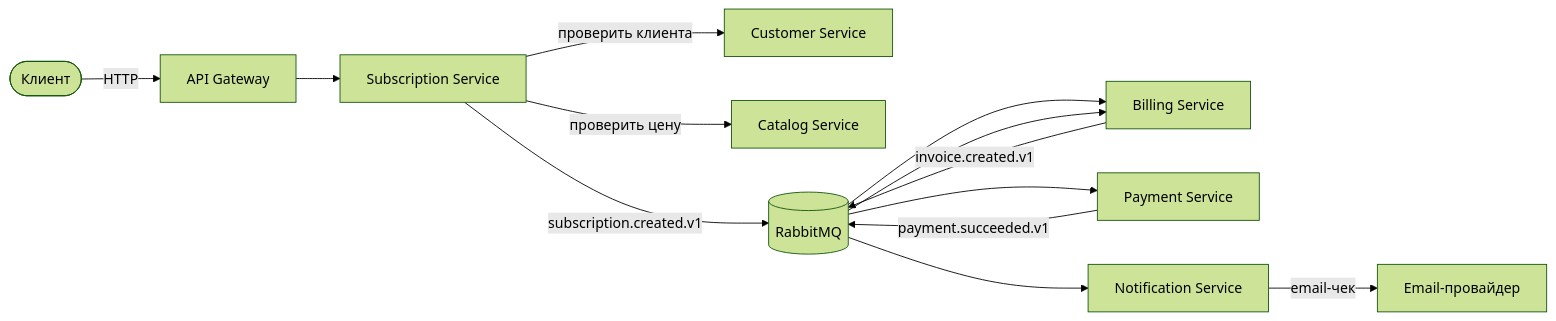
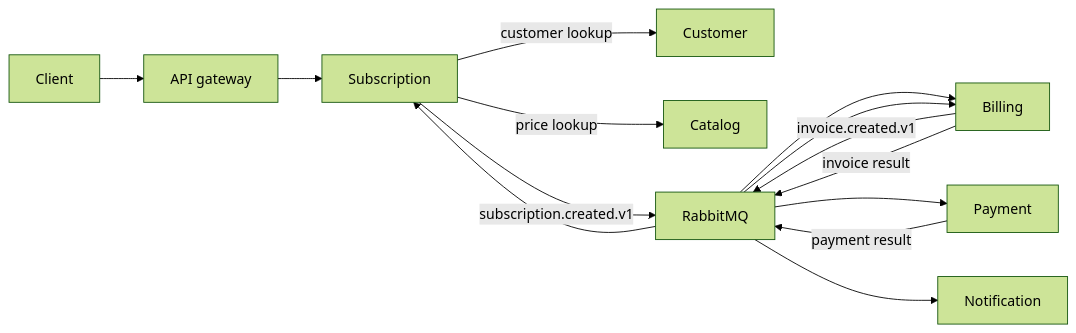
The diagram in README.ru.md (ifdancoder/pet-payment-billing-platform), drawn with Mermaid (forest theme) before and after one commit. The commit also changed other lines of this file and 14 other files, not shown here.

````diff
--- a/README.ru.md
+++ b/README.ru.md
@@ -62,15 +26,16 @@
 ```mermaid
 flowchart LR
-    Client([Клиент]) -->|HTTP| Gateway[API Gateway]
-    Gateway --> Subscription[Subscription Service]
-    Subscription -->|проверить клиента| Customer[Customer Service]
-    Subscription -->|проверить цену| Catalog[Catalog Service]
-    Subscription -->|subscription.created.v1| MQ[(RabbitMQ)]
-    MQ --> Billing[Billing Service]
-    Billing -->|invoice.created.v1| MQ
-    MQ --> Payment[Payment Service]
-    Payment -->|payment.succeeded.v1| MQ
-    MQ --> Billing
-    MQ --> Notification[Notification Service]
-    Notification -->|email-чек| Provider[Email-провайдер]
+    Client --> Gateway[API gateway]
+    Gateway --> Subscription
+    Subscription -->|customer lookup| Customer
+    Subscription -->|price lookup| Catalog
+    Subscription -->|subscription.created.v1| RabbitMQ
+    RabbitMQ --> Billing
+    Billing -->|invoice.created.v1| RabbitMQ
+    RabbitMQ --> Payment
+    Payment -->|payment result| RabbitMQ
+    RabbitMQ --> Billing
+    RabbitMQ --> Notification
+    Billing -->|invoice result| RabbitMQ
+    RabbitMQ --> Subscription
 ```
````
